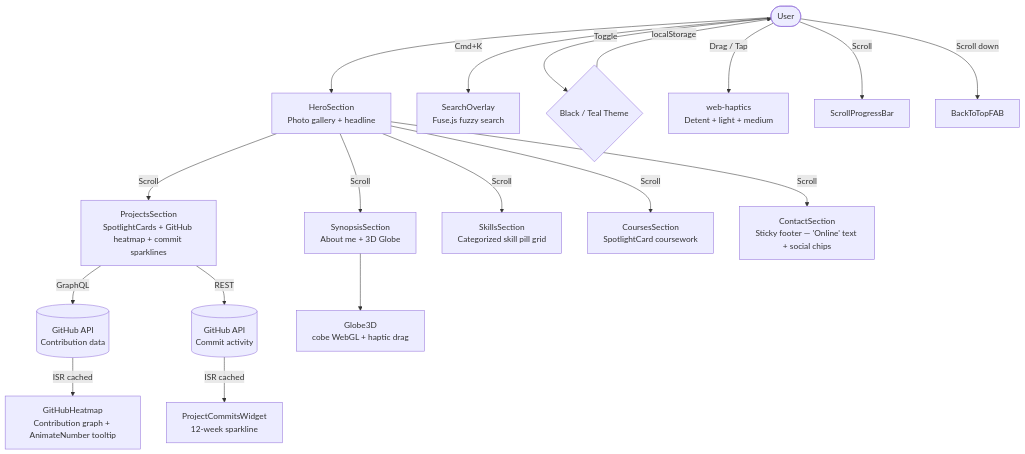
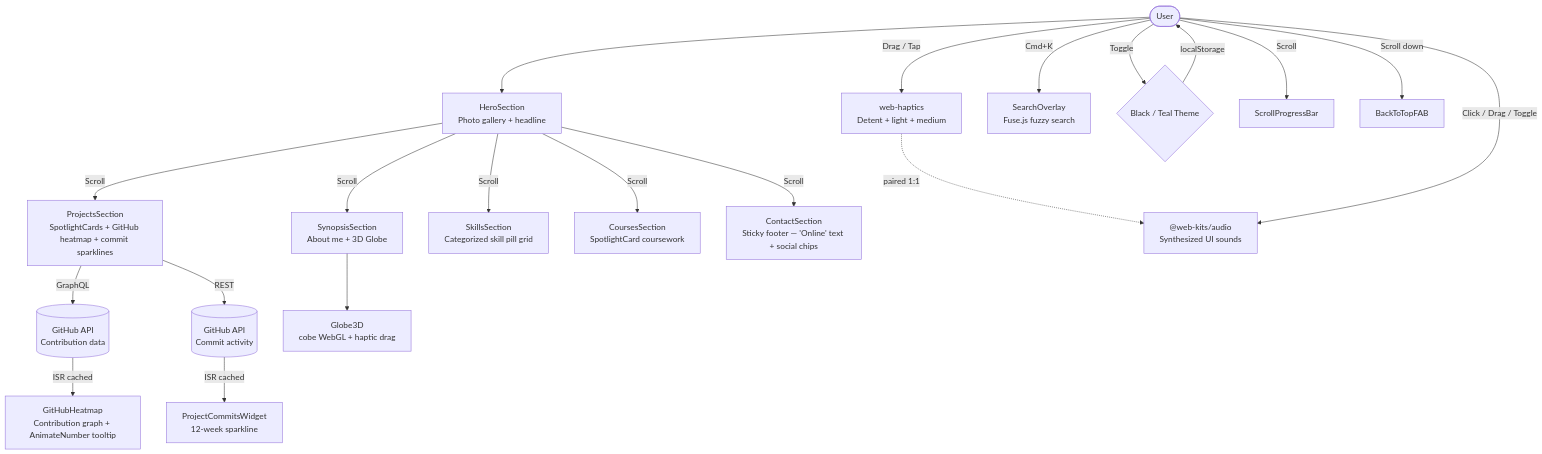
Before and after one commit to hoangngo-sudo/portfolio: the first of 2 diagrams in README.md, drawn with Mermaid. The commit also changed other lines of this file, not shown here.

````diff
--- a/README.md
+++ b/README.md
@@ -7,26 +7,29 @@
 ```mermaid
 flowchart TB
     USER([User]) --> HERO["HeroSection<br/>Photo gallery + headline"]
     HERO --> |Scroll| SYNOPSIS["SynopsisSection<br/>About me + 3D Globe"]
     HERO --> |Scroll| PROJECTS["ProjectsSection<br/>SpotlightCards + GitHub heatmap + commit sparklines"]
     HERO --> |Scroll| SKILLS["SkillsSection<br/>Categorized skill pill grid"]
     HERO --> |Scroll| COURSES["CoursesSection<br/>SpotlightCard coursework"]
     HERO --> |Scroll| CONTACT["ContactSection<br/>Sticky footer — 'Online' text + social chips"]
+
+    HAPTICS -.->|paired 1:1| AUDIO
 
     USER --> |Cmd+K| SEARCH["SearchOverlay<br/>Fuse.js fuzzy search"]
 
     PROJECTS --> |GraphQL| GITHUB[("GitHub API<br/>Contribution data")]
     GITHUB --> |ISR cached| HEATMAP["GitHubHeatmap<br/>Contribution graph + AnimateNumber tooltip"]
     PROJECTS --> |REST| GHREST[("GitHub API<br/>Commit activity")]
     GHREST --> |ISR cached| COMMITS["ProjectCommitsWidget<br/>12-week sparkline"]
 
     SYNOPSIS --> GLOBE["Globe3D<br/>cobe WebGL + haptic drag"]
 
     USER --> |Toggle| THEME{"Black / Teal Theme"}
     THEME --> |localStorage| USER
 
     USER --> |Drag / Tap| HAPTICS["web-haptics<br/>Detent + light + medium"]
+    USER --> |Click / Drag / Toggle| AUDIO["@web-kits/audio<br/>Synthesized UI sounds"]
 
     USER --> |Scroll| PROGRESS["ScrollProgressBar"]
     USER --> |Scroll down| FAB["BackToTopFAB"]
 ```
````
